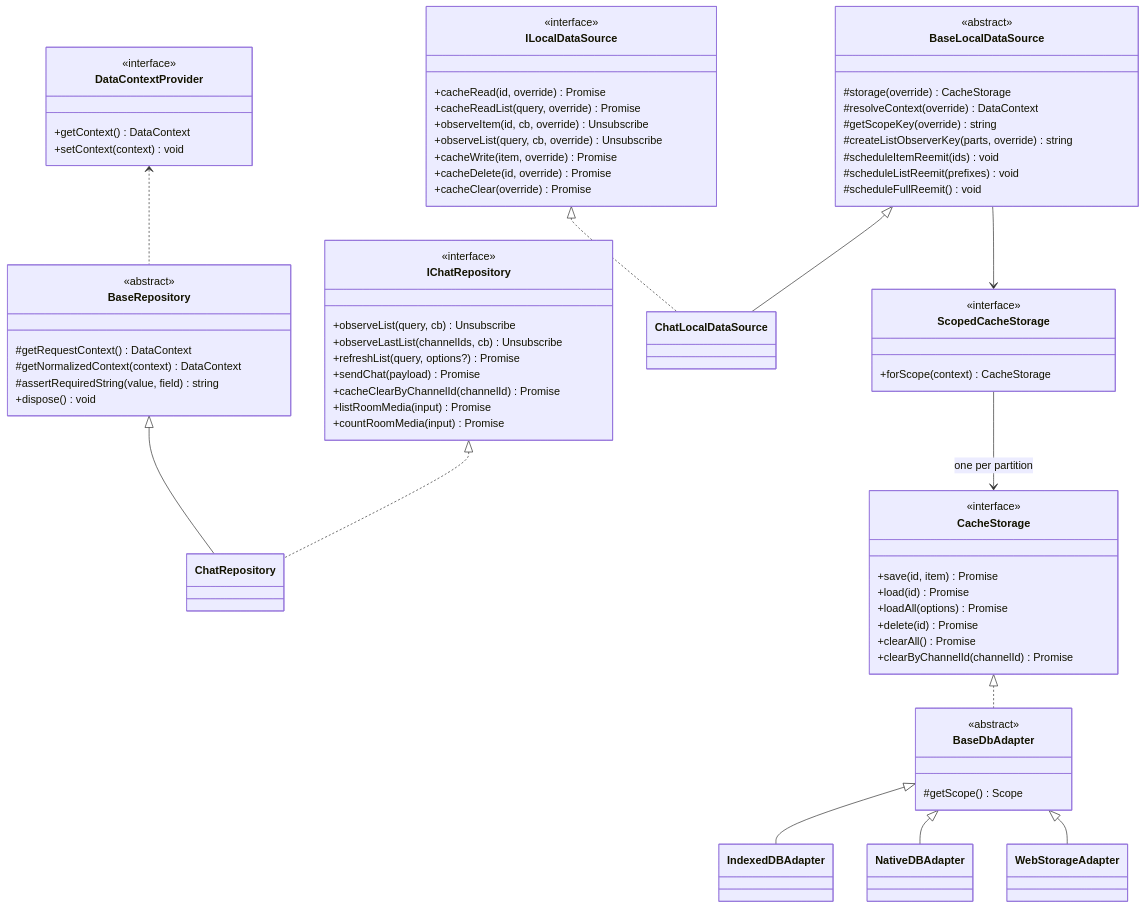
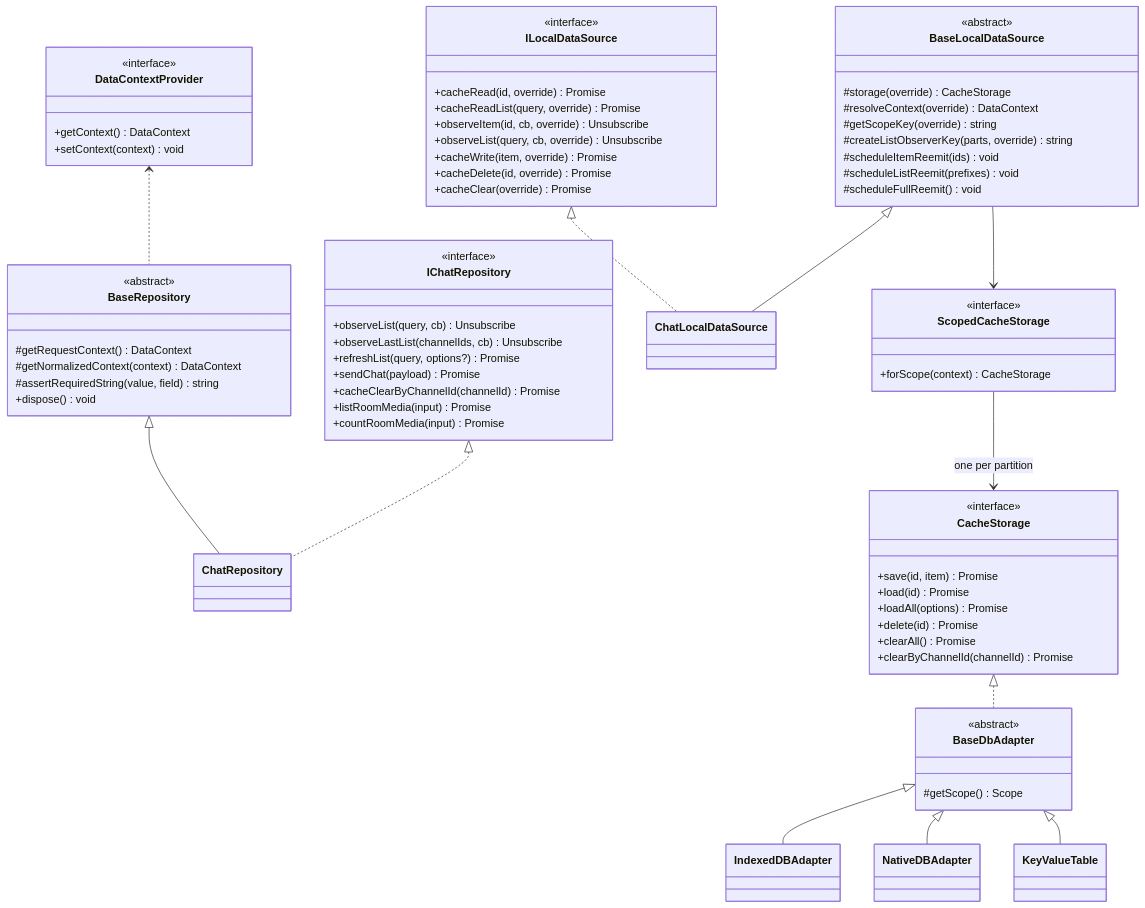
Before and after one commit to lemoncloud-io/dou-app: the diagram in libs/data/docs/repositories/README.md, drawn with Mermaid. The commit also changed 81 other files, not shown here.

````diff
--- a/libs/data/docs/repositories/README.md
+++ b/libs/data/docs/repositories/README.md
@@ -156,10 +156,10 @@
     }
     class IndexedDBAdapter
     class NativeDBAdapter
-    class WebStorageAdapter
+    class KeyValueTable
 
     CacheStorage <|.. BaseDbAdapter
     BaseDbAdapter <|-- IndexedDBAdapter
     BaseDbAdapter <|-- NativeDBAdapter
-    BaseDbAdapter <|-- WebStorageAdapter
+    BaseDbAdapter <|-- KeyValueTable
 ```
````
